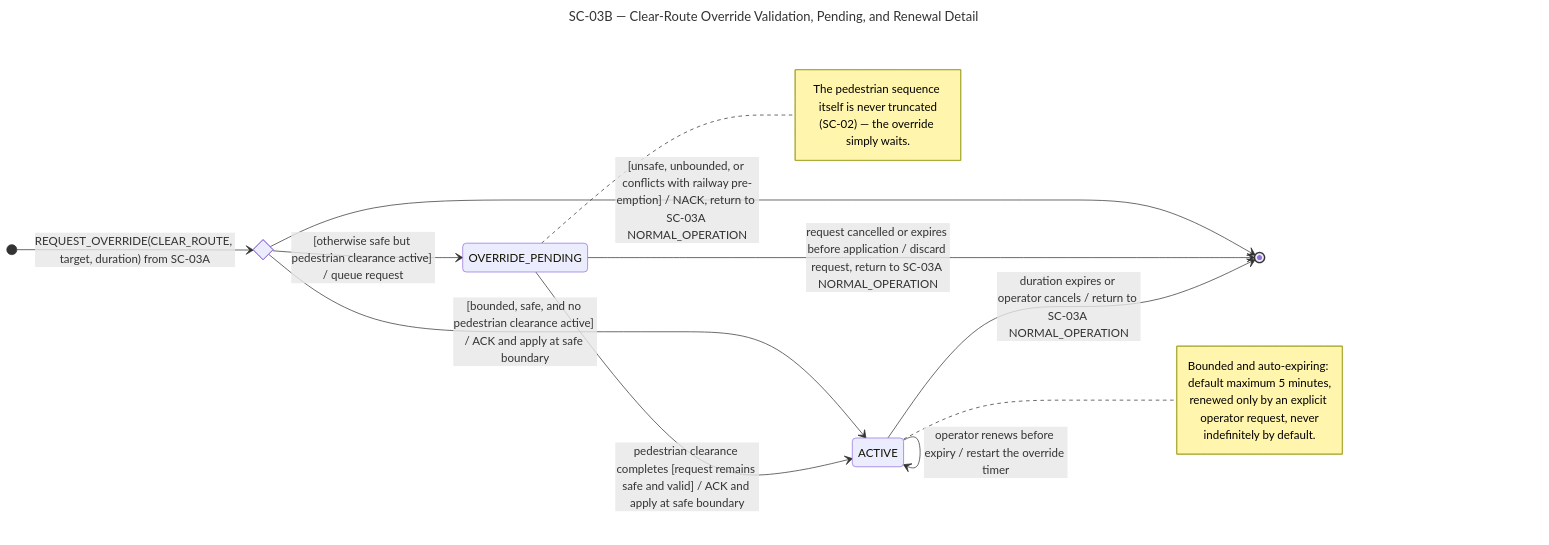
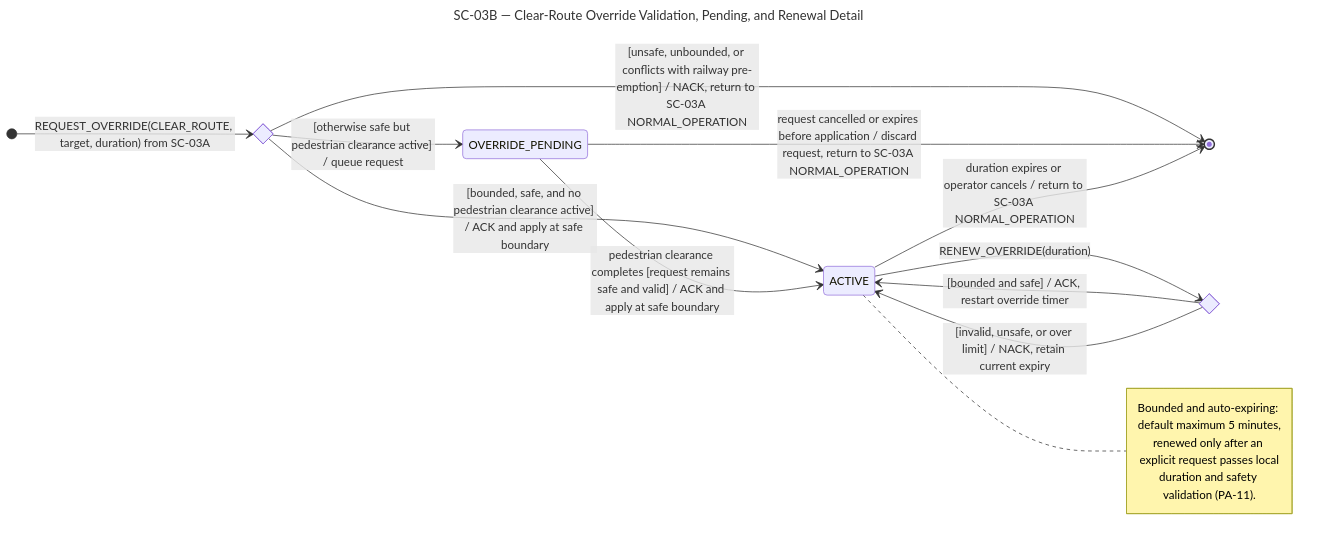
The sixth of 9 diagrams in STATE_CHARTS.md (lucietran03/traffic-control-system), drawn with Mermaid before and after one commit. The commit also changed other lines of this file and 1 other file, not shown here.

````diff
--- a/STATE_CHARTS.md
+++ b/STATE_CHARTS.md
@@ -198,32 +199,30 @@
 ```mermaid
 ---
 title: SC-03B — Clear-Route Override Validation, Pending, and Renewal Detail
 ---
 stateDiagram-v2
     accTitle: SC-03B Clear-Route Override Validation, Pending, and Renewal Detail
     accDescr: Validation, pedestrian-clearance queueing, active operation, and renewal for a bounded Central clear-route override, entered from and exited to SC-03A.
     direction LR
 
     state override_validation <<choice>>
     [*] --> override_validation : REQUEST_OVERRIDE(CLEAR_ROUTE, target, duration) from SC-03A
     override_validation --> ACTIVE : [bounded, safe, and no pedestrian clearance active] / ACK and apply at safe boundary
     override_validation --> OVERRIDE_PENDING : [otherwise safe but pedestrian clearance active] / queue request
     override_validation --> [*] : [unsafe, unbounded, or conflicts with railway pre-emption] / NACK, return to SC-03A NORMAL_OPERATION
 
     OVERRIDE_PENDING --> ACTIVE : pedestrian clearance completes [request remains safe and valid] / ACK and apply at safe boundary
     OVERRIDE_PENDING --> [*] : request cancelled or expires before application / discard request, return to SC-03A NORMAL_OPERATION
 
-    ACTIVE --> ACTIVE : operator renews before expiry / restart the override timer
+    state renewal_validation <<choice>>
+    ACTIVE --> renewal_validation : RENEW_OVERRIDE(duration)
+    renewal_validation --> ACTIVE : [bounded and safe] / ACK, restart override timer
+    renewal_validation --> ACTIVE : [invalid, unsafe, or over limit] / NACK, retain current expiry
     ACTIVE --> [*] : duration expires or operator cancels / return to SC-03A NORMAL_OPERATION
-
-    note right of OVERRIDE_PENDING
-        The pedestrian sequence itself is never truncated
-        (SC-02) — the override simply waits.
-    end note
 
     note right of ACTIVE
         Bounded and auto-expiring: default maximum 5 minutes,
-        renewed only by an explicit operator request, never
-        indefinitely by default.
+        renewed only after an explicit request passes local
+        duration and safety validation (PA-11).
     end note
 ```
````
